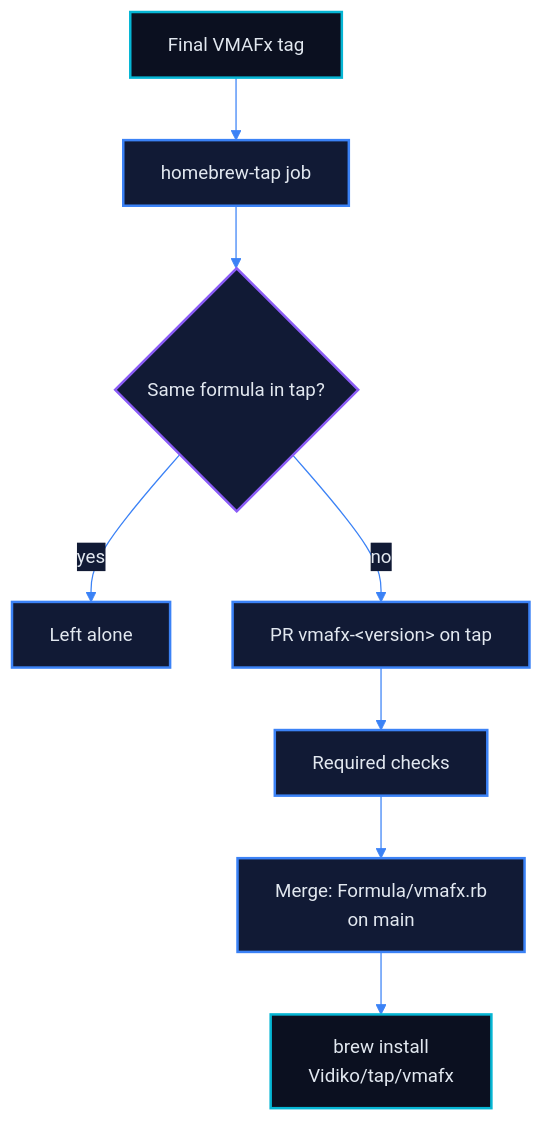
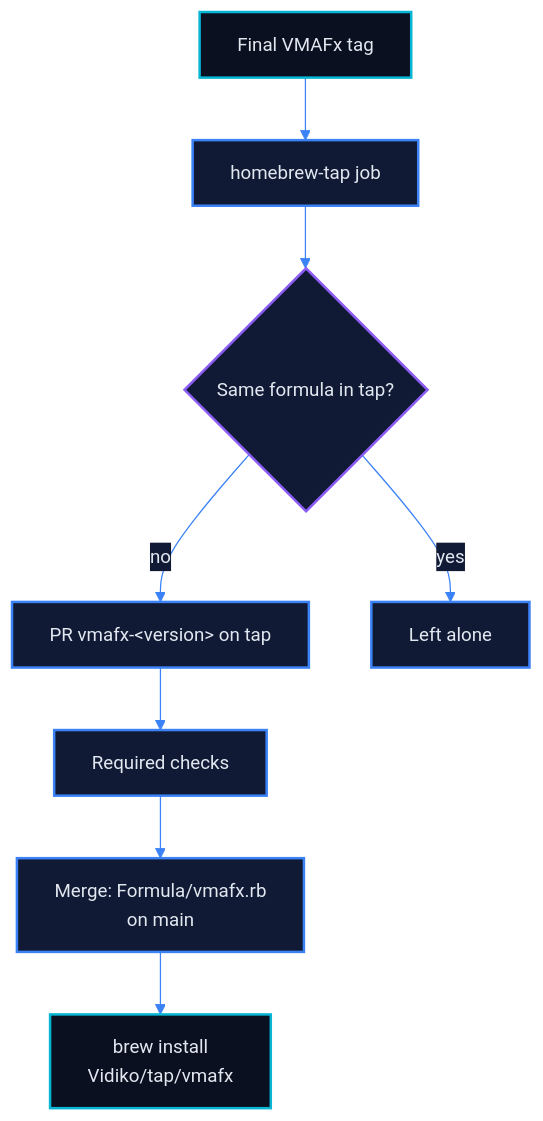
Before and after one commit to vidiko/homebrew-tap: the diagram in README.md, drawn with Mermaid. The commit also changed other lines of this file, not shown here.

First line of the commit message:
docs: lay out the README flowchart so GitHub's controls cover no node

````diff
--- a/README.md
+++ b/README.md
@@ -77,22 +77,22 @@
 ```mermaid
 %%{init: {'theme': 'base', 'themeVariables': {'fontFamily': 'ui-sans-serif, Segoe UI, Helvetica, Arial, sans-serif', 'fontSize': '15px', 'primaryColor': '#111a35', 'primaryTextColor': '#e2e8f0', 'primaryBorderColor': '#3b82f6', 'lineColor': '#3b82f6', 'edgeLabelBackground': '#111a35', 'tertiaryColor': '#0b1020'}}}%%
 flowchart TD
   classDef input fill:#0b1020,stroke:#06b6d4,stroke-width:2px,color:#e2e8f0
   classDef step fill:#111a35,stroke:#3b82f6,stroke-width:2px,color:#e2e8f0
   classDef decide fill:#111a35,stroke:#8b5cf6,stroke-width:2px,color:#e2e8f0
   classDef gpu fill:#06b6d4,stroke:#0b1020,stroke-width:2px,color:#0b1020
   classDef cpu fill:#8b5cf6,stroke:#0b1020,stroke-width:2px,color:#f8fafc
 
   tag["Final VMAFx tag"]:::input
   job["homebrew-tap job"]:::step
   same{"Same formula in tap?"}:::decide
-  unchanged["Left alone"]:::step
   pr["PR vmafx-#lt;version#gt; on tap"]:::step
   checks["Required checks"]:::step
   merge["Merge: Formula/vmafx.rb<br/>on main"]:::step
   install["brew install<br/>Vidiko/tap/vmafx"]:::input
+  unchanged["Left alone"]:::step
 
   tag --> job --> same
+  same -->|no| pr --> checks --> merge --> install
   same -->|yes| unchanged
-  same -->|no| pr --> checks --> merge --> install
 ```
````
